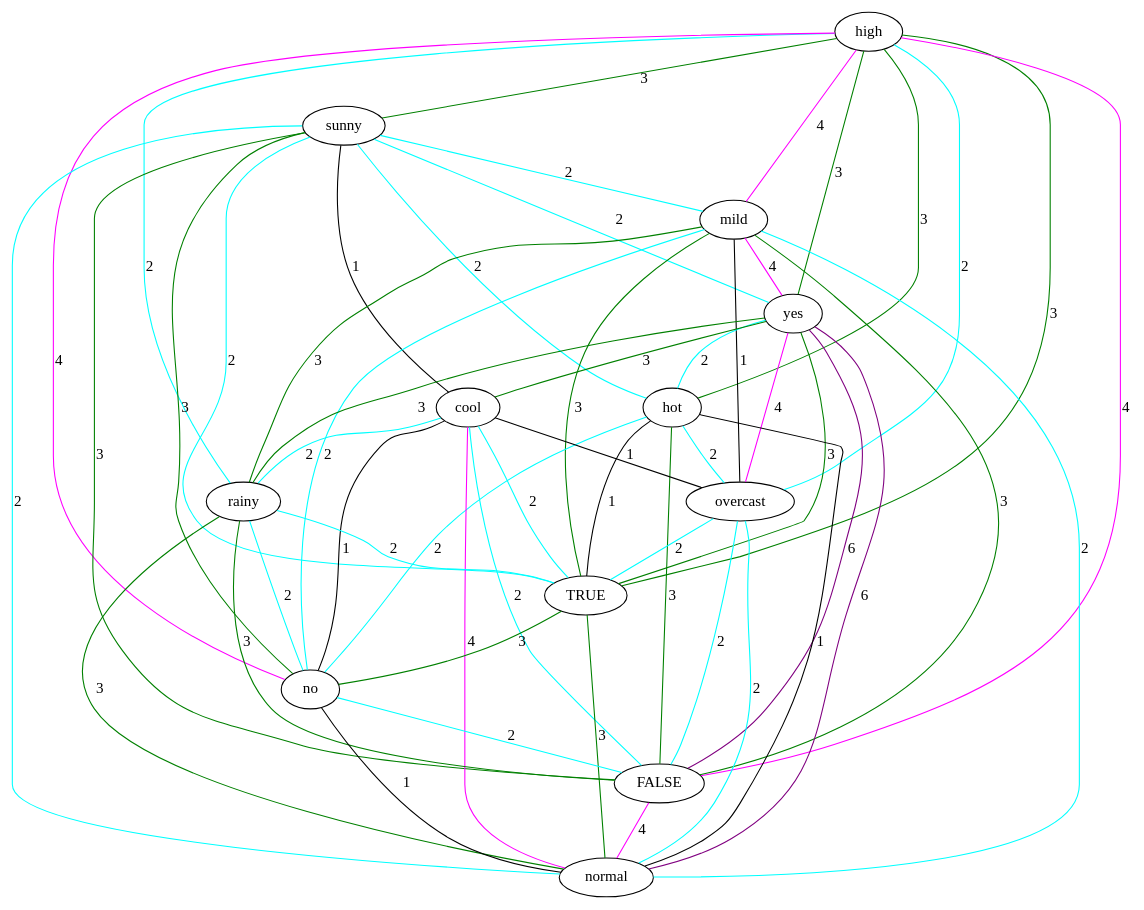
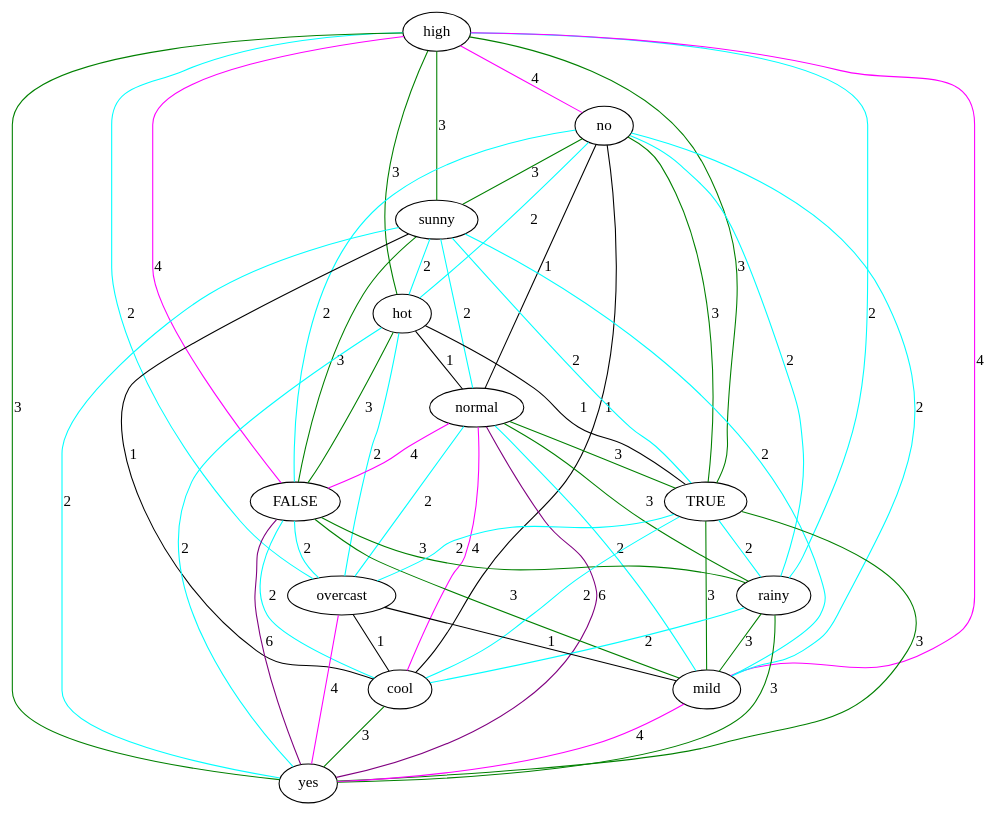
Before and after one commit to lrodrin/TFG: the diagram in src/final/linearGraph.dot, drawn with Graphviz. The commit also changed 41 other files, not shown here.

```diff
--- a/src/final/linearGraph.dot
+++ b/src/final/linearGraph.dot
@@ -1,68 +1,68 @@
 strict graph "" {
 high;
+no;
 sunny;
+hot;
+normal;
+FALSE;
+TRUE;
+rainy;
+overcast;
+cool;
 mild;
 yes;
-hot;
-cool;
-overcast;
-rainy;
-TRUE;
-no;
-FALSE;
-normal;
 high -- rainy  [color=cyan, label=2];
-high -- yes  [color=green, label=3];
+high -- hot  [color=green, label=3];
+high -- no  [color=magenta, label=4];
+high -- TRUE  [color=green, label=3];
+high -- FALSE  [color=magenta, label=4];
 high -- overcast  [color=cyan, label=2];
 high -- sunny  [color=green, label=3];
 high -- mild  [color=magenta, label=4];
-high -- hot  [color=green, label=3];
-high -- no  [color=magenta, label=4];
-high -- FALSE  [color=magenta, label=4];
-high -- TRUE  [color=green, label=3];
+high -- yes  [color=green, label=3];
+no -- mild  [color=cyan, label=2];
+no -- rainy  [color=cyan, label=2];
+no -- TRUE  [color=green, label=3];
+no -- FALSE  [color=cyan, label=2];
+no -- hot  [color=cyan, label=2];
+no -- sunny  [color=green, label=3];
+no -- cool  [color=black, label=1];
+no -- normal  [color=black, label=1];
+sunny -- TRUE  [color=cyan, label=2];
+sunny -- FALSE  [color=green, label=3];
+sunny -- hot  [color=cyan, label=2];
+sunny -- cool  [color=black, label=1];
 sunny -- mild  [color=cyan, label=2];
+sunny -- normal  [color=cyan, label=2];
 sunny -- yes  [color=cyan, label=2];
-sunny -- hot  [color=cyan, label=2];
-sunny -- no  [color=green, label=3];
-sunny -- normal  [color=cyan, label=2];
-sunny -- FALSE  [color=green, label=3];
-sunny -- cool  [color=black, label=1];
-sunny -- TRUE  [color=cyan, label=2];
-mild -- overcast  [color=black, label=1];
-mild -- TRUE  [color=green, label=3];
+hot -- TRUE  [color=black, label=1];
+hot -- FALSE  [color=green, label=3];
+hot -- overcast  [color=cyan, label=2];
+hot -- normal  [color=black, label=1];
+hot -- yes  [color=cyan, label=2];
+normal -- FALSE  [color=magenta, label=4];
+normal -- TRUE  [color=green, label=3];
+normal -- rainy  [color=green, label=3];
+normal -- overcast  [color=cyan, label=2];
+normal -- yes  [color=purple, label=6];
+normal -- cool  [color=magenta, label=4];
+normal -- mild  [color=cyan, label=2];
+FALSE -- cool  [color=cyan, label=2];
+FALSE -- rainy  [color=green, label=3];
+FALSE -- yes  [color=purple, label=6];
+FALSE -- overcast  [color=cyan, label=2];
+FALSE -- mild  [color=green, label=3];
+TRUE -- mild  [color=green, label=3];
+TRUE -- rainy  [color=cyan, label=2];
+TRUE -- overcast  [color=cyan, label=2];
+TRUE -- cool  [color=cyan, label=2];
+TRUE -- yes  [color=green, label=3];
+rainy -- yes  [color=green, label=3];
+rainy -- cool  [color=cyan, label=2];
+rainy -- mild  [color=green, label=3];
+overcast -- yes  [color=magenta, label=4];
+overcast -- cool  [color=black, label=1];
+overcast -- mild  [color=black, label=1];
+cool -- yes  [color=green, label=3];
 mild -- yes  [color=magenta, label=4];
-mild -- rainy  [color=green, label=3];
-mild -- no  [color=cyan, label=2];
-mild -- FALSE  [color=green, label=3];
-mild -- normal  [color=cyan, label=2];
-yes -- overcast  [color=magenta, label=4];
-yes -- rainy  [color=green, label=3];
-yes -- hot  [color=cyan, label=2];
-yes -- FALSE  [color=purple, label=6];
-yes -- cool  [color=green, label=3];
-yes -- TRUE  [color=green, label=3];
-yes -- normal  [color=purple, label=6];
-hot -- overcast  [color=cyan, label=2];
-hot -- TRUE  [color=black, label=1];
-hot -- no  [color=cyan, label=2];
-hot -- FALSE  [color=green, label=3];
-hot -- normal  [color=black, label=1];
-cool -- overcast  [color=black, label=1];
-cool -- rainy  [color=cyan, label=2];
-cool -- TRUE  [color=cyan, label=2];
-cool -- no  [color=black, label=1];
-cool -- FALSE  [color=cyan, label=2];
-cool -- normal  [color=magenta, label=4];
-overcast -- TRUE  [color=cyan, label=2];
-overcast -- FALSE  [color=cyan, label=2];
-overcast -- normal  [color=cyan, label=2];
-rainy -- TRUE  [color=cyan, label=2];
-rainy -- no  [color=cyan, label=2];
-rainy -- FALSE  [color=green, label=3];
-rainy -- normal  [color=green, label=3];
-TRUE -- no  [color=green, label=3];
-TRUE -- normal  [color=green, label=3];
-no -- FALSE  [color=cyan, label=2];
-no -- normal  [color=black, label=1];
-FALSE -- normal  [color=magenta, label=4];
 }
```
